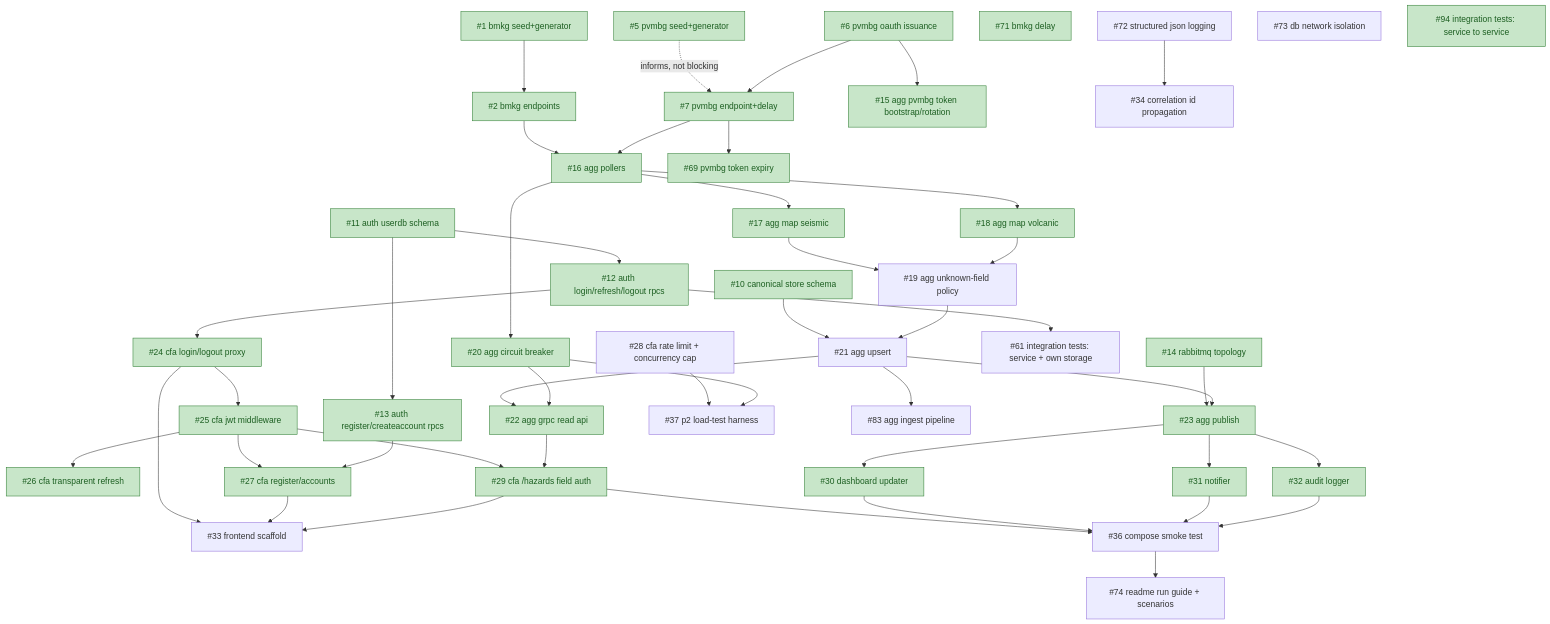
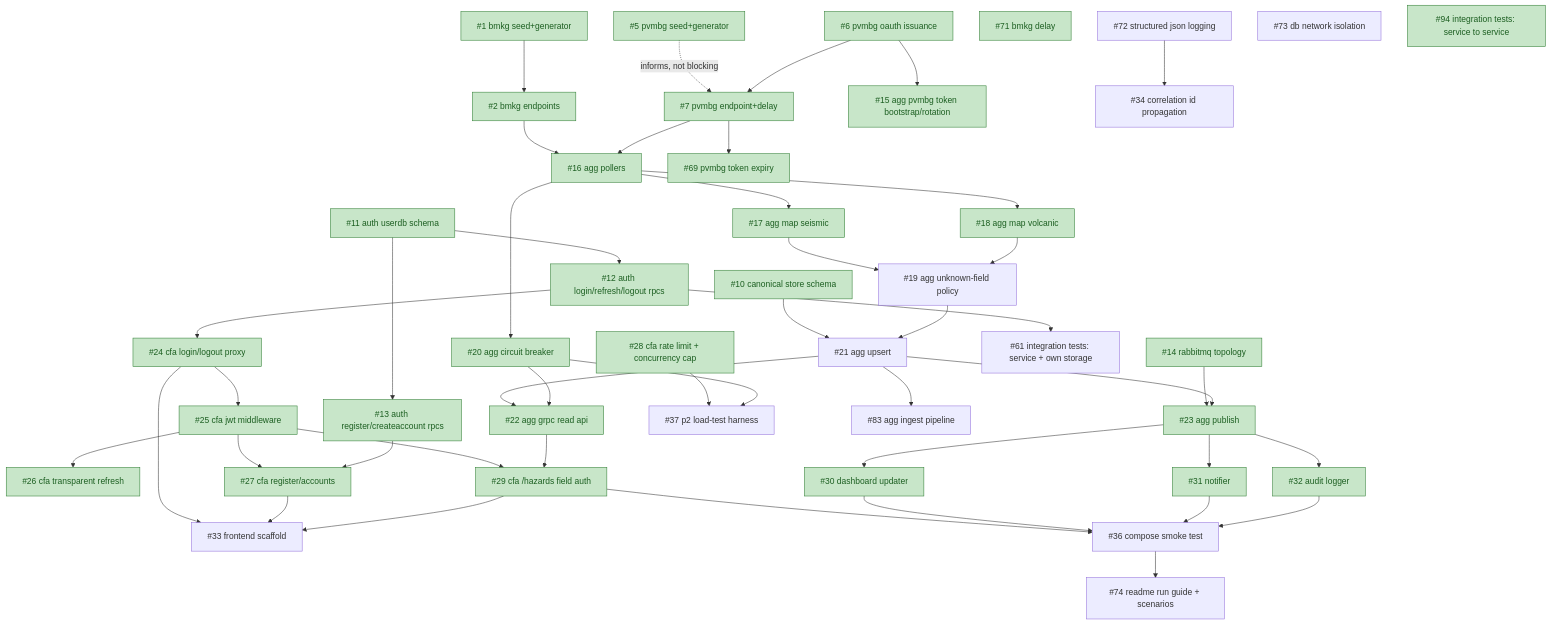
The diagram in doc/BACKLOG_DEPENDENCIES.md (brii26/distributed-hazard-coordination), drawn with Mermaid before and after one commit. The commit also changed other lines of this file and 4 other files, not shown here.

````diff
--- a/doc/BACKLOG_DEPENDENCIES.md
+++ b/doc/BACKLOG_DEPENDENCIES.md
@@ -23,63 +23,63 @@
 ```mermaid
 graph TD
   1["#1 bmkg seed+generator"] --> 2["#2 bmkg endpoints"]
   5["#5 pvmbg seed+generator"] -.->|informs, not blocking| 7
 
   6["#6 pvmbg oauth issuance"] --> 15["#15 agg pvmbg token bootstrap/rotation"]
   6 --> 7["#7 pvmbg endpoint+delay"]
   7 --> 69["#69 pvmbg token expiry"]
 
   2 --> 16["#16 agg pollers"]
   7 --> 16
   16 --> 17["#17 agg map seismic"]
   16 --> 18["#18 agg map volcanic"]
   16 --> 20["#20 agg circuit breaker"]
   17 --> 19["#19 agg unknown-field policy"]
   18 --> 19
 
   10["#10 canonical store schema"] --> 21["#21 agg upsert"]
   19 --> 21
   21 --> 22["#22 agg grpc read api"]
   20 --> 22
 
   14["#14 rabbitmq topology"] --> 23["#23 agg publish"]
   21 --> 23
   21 --> 83["#83 agg ingest pipeline"]
 
   11["#11 auth userdb schema"] --> 12["#12 auth login/refresh/logout rpcs"]
   11 --> 13["#13 auth register/createaccount rpcs"]
 
   12 --> 24["#24 cfa login/logout proxy"]
   12 --> 61["#61 integration tests: service + own storage"]
   24 --> 25["#25 cfa jwt middleware"]
   25 --> 26["#26 cfa transparent refresh"]
   25 --> 27["#27 cfa register/accounts"]
   13 --> 27
   25 --> 29["#29 cfa /hazards field auth"]
   22 --> 29
 
   23 --> 30["#30 dashboard updater"]
   23 --> 31["#31 notifier"]
   23 --> 32["#32 audit logger"]
 
   24 --> 33["#33 frontend scaffold"]
   27 --> 33
   29 --> 33
 
   29 --> 36["#36 compose smoke test"]
   30 --> 36
   31 --> 36
   32 --> 36
 
   28["#28 cfa rate limit + concurrency cap"] --> 37["#37 p2 load-test harness"]
   20 --> 37
 
   72["#72 structured json logging"] --> 34["#34 correlation id propagation"]
   36 --> 74["#74 readme run guide + scenarios"]
   71["#71 bmkg delay"]
   73["#73 db network isolation"]
   94["#94 integration tests: service to service"]
 
   classDef done fill:#c8e6c9,stroke:#2e7d32,color:#1b5e20
-  class 1,2,5,6,7,10,11,12,13,14,15,16,17,18,20,22,23,24,25,26,27,29,30,31,32,69,71,94 done
+  class 1,2,5,6,7,10,11,12,13,14,15,16,17,18,20,22,23,24,25,26,27,28,29,30,31,32,69,71,94 done
 ```
````
